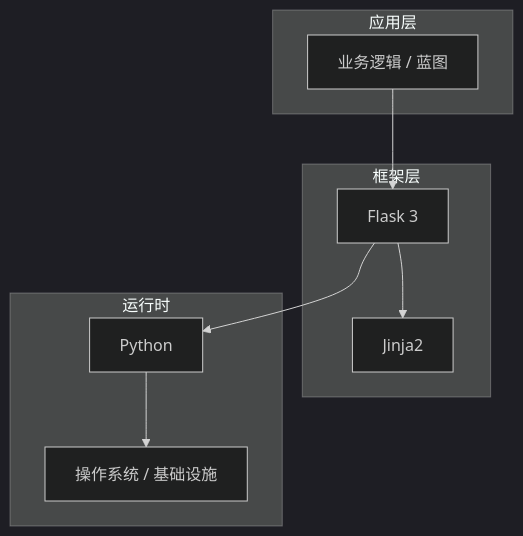
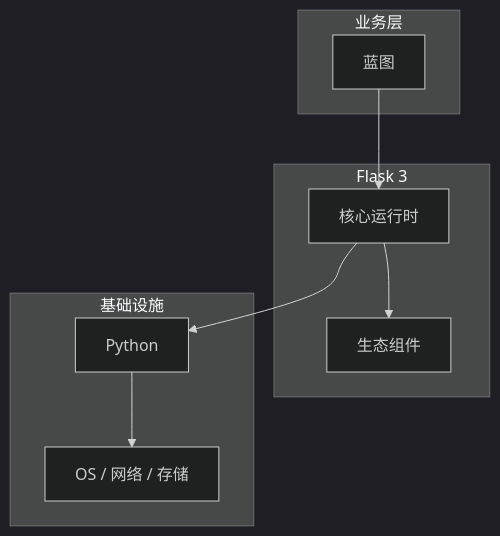
One commit to yanggan2015/knowledge-json-v2 changed the diagram in articles/Flask/chapters/026-蓝图核心概念与原理.md. Above: the diagram before and after it, drawn with Mermaid (dark theme). The commit also changed other lines of this file and 10127 other files, not shown here.

````diff
--- a/articles/Flask/chapters/026-蓝图核心概念与原理.md
+++ b/articles/Flask/chapters/026-蓝图核心概念与原理.md
@@ -45,18 +34,18 @@
 ```mermaid
 graph TB
-    subgraph 应用层
-        A[业务逻辑 / 蓝图]
+    subgraph 业务层
+        A[蓝图]
     end
-    subgraph 框架层
-        B[Flask 3]
-        C[Jinja2]
+    subgraph Flask 3
+        B[核心运行时]
+        C[生态组件]
     end
-    subgraph 运行时
+    subgraph 基础设施
         D[Python]
-        E[操作系统 / 基础设施]
+        E[OS / 网络 / 存储]
     end
     A --> B
     B --> C
     B --> D
     D --> E
 ```
````
